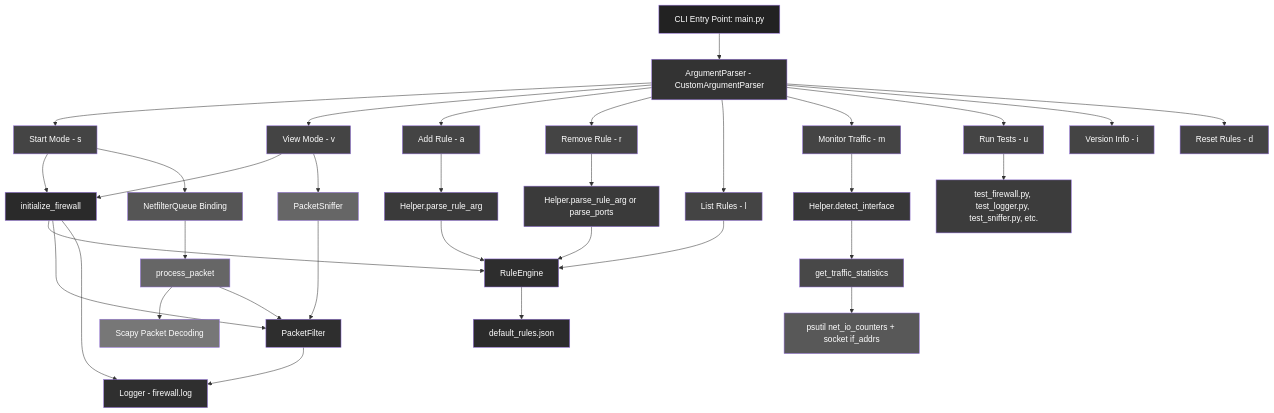
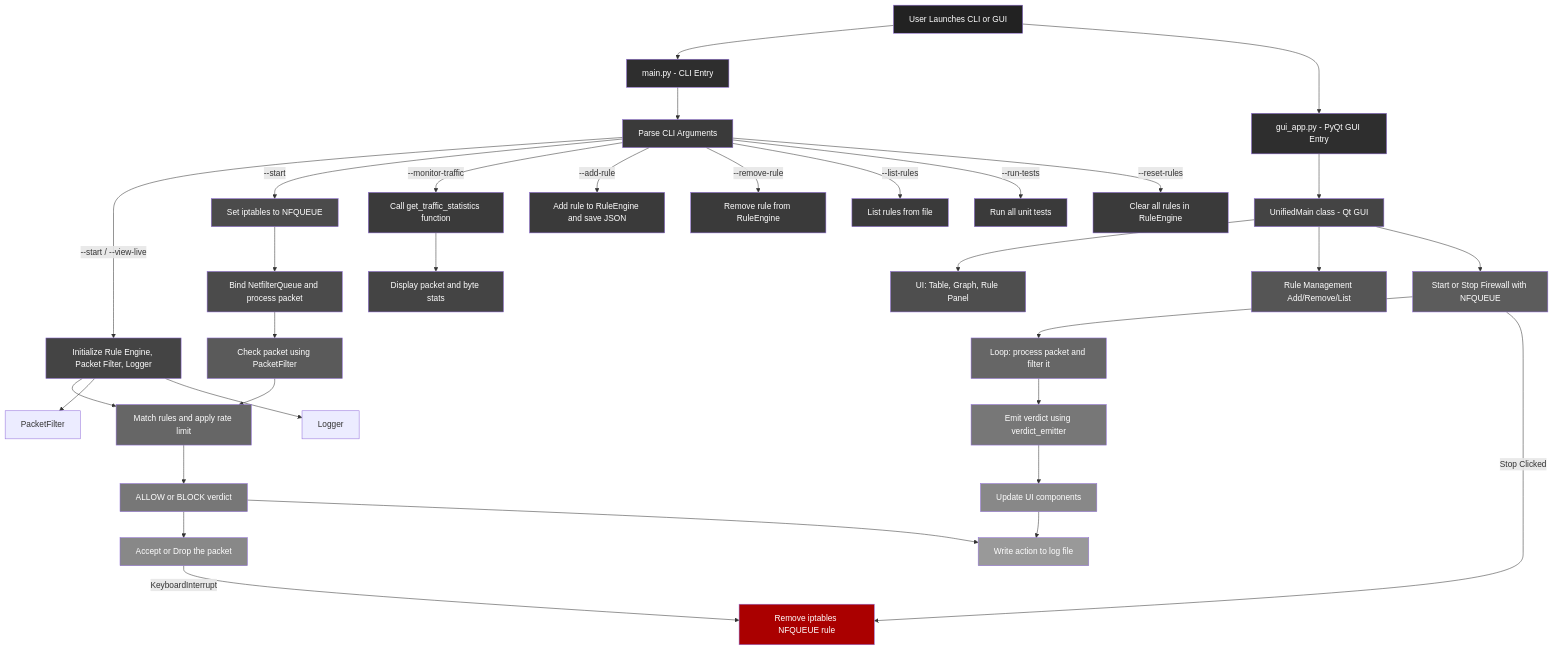
One commit to shirshxk/kavach changed the second of 3 diagrams in README.md. Above: the diagram before and after it, drawn with Mermaid.

````diff
--- a/README.md
+++ b/README.md
@@ -78,52 +78,89 @@
 ```mermaid
----
-config:
-  layout: dagre
----
 flowchart TD
-    A["CLI Entry Point: main.py"] --> B["ArgumentParser - CustomArgumentParser"]
-    B --> C1["Start Mode - s"] & C2["View Mode - v"] & C3["Add Rule - a"] & C4["Remove Rule - r"] & C5["List Rules - l"] & C6["Monitor Traffic - m"] & C7["Run Tests - u"] & C8["Version Info - i"] & C9["Reset Rules - d"]
-    C1 --> D1["initialize_firewall"] & F["NetfilterQueue Binding"]
-    C2 --> D1 & I["PacketSniffer"]
-    D1 --> E1["RuleEngine"] & E2["PacketFilter"] & E3["Logger - firewall.log"]
-    F --> G["process_packet"]
-    G --> H["Scapy Packet Decoding"] & E2
-    I --> E2
-    C3 --> J1["Helper.parse_rule_arg"]
-    J1 --> E1
-    C4 --> J2["Helper.parse_rule_arg or parse_ports"]
-    J2 --> E1
-    C5 --> E1
-    C6 --> K["Helper.detect_interface"]
-    K --> L["get_traffic_statistics"]
-    L --> M["psutil net_io_counters + socket if_addrs"]
-    C7 --> N["test_firewall.py, test_logger.py, test_sniffer.py, etc."]
-    E1 --> O["default_rules.json"]
-    E2 --> E3
-    style A fill:#222,color:white
-    style B fill:#333,color:white
-    style C1 fill:#444,color:white
-    style C2 fill:#444,color:white
-    style C3 fill:#444,color:white
-    style C4 fill:#444,color:white
-    style C5 fill:#444,color:white
-    style C6 fill:#444,color:white
-    style C7 fill:#444,color:white
-    style C8 fill:#444,color:white
-    style C9 fill:#444,color:white
-    style D1 fill:#2a2a2a,color:white
-    style F fill:#555,color:white
-    style I fill:#666,color:white
-    style E1 fill:#2d2d2d,color:white
-    style E2 fill:#2e2e2e,color:white
-    style E3 fill:#2f2f2f,color:white
-    style G fill:#666,color:white
-    style H fill:#777,color:white
-    style J1 fill:#3a3a3a,color:white
-    style J2 fill:#3a3a3a,color:white
-    style K fill:#383838,color:white
-    style L fill:#484848,color:white
-    style M fill:#585858,color:white
-    style N fill:#3c3c3c,color:white
-    style O fill:#2b2b2b,color:white
+    Start[User Launches CLI or GUI]
+
+    %% Entry points
+    Start --> CLI[main.py - CLI Entry]
+    Start --> GUI[gui_app.py - PyQt GUI Entry]
+
+    %% CLI Route
+    CLI --> ArgParser[Parse CLI Arguments]
+    ArgParser -->|--start / --view-live| InitFirewall[Initialize Rule Engine, Packet Filter, Logger]
+    ArgParser -->|--start| NFQ[Set iptables to NFQUEUE]
+    NFQ --> PacketRoute[Bind NetfilterQueue and process packet]
+    PacketRoute --> PacketFilterCall[Check packet using PacketFilter]
+    PacketFilterCall --> RuleEngine[Match rules and apply rate limit]
+    RuleEngine --> Verdict[ALLOW or BLOCK verdict]
+    Verdict --> Action[Accept or Drop the packet]
+    Verdict --> Log[Write action to log file]
+
+    %% Traffic Monitor
+    ArgParser -->|--monitor-traffic| Monitor[Call get_traffic_statistics function]
+    Monitor --> DisplayStats[Display packet and byte stats]
+
+    %% CLI Rule Management
+    ArgParser -->|--add-rule| AddRule[Add rule to RuleEngine and save JSON]
+    ArgParser -->|--remove-rule| RemoveRule[Remove rule from RuleEngine]
+    ArgParser -->|--list-rules| ListRules[List rules from file]
+
+    %% CLI Exit or Exception
+    ArgParser -->|--run-tests| RunTests[Run all unit tests]
+    ArgParser -->|--reset-rules| ResetRules[Clear all rules in RuleEngine]
+
+    %% GUI Route
+    GUI --> UnifiedMain[UnifiedMain class - Qt GUI]
+    UnifiedMain --> GUIComponents[UI: Table, Graph, Rule Panel]
+    UnifiedMain --> GUILogic[Rule Management Add/Remove/List]
+    UnifiedMain --> GUIButtons[Start or Stop Firewall with NFQUEUE]
+    GUIButtons --> GUILoop[Loop: process packet and filter it]
+    GUILoop --> VerdictEmitter[Emit verdict using verdict_emitter]
+    VerdictEmitter --> GUIUpdate[Update UI components]
+    GUIUpdate --> Log
+
+    %% Shared Blocks
+    InitFirewall --> RuleEngine
+    InitFirewall --> PacketFilter
+    InitFirewall --> Logger
+
+    %% Cleanup Paths
+    Action -->|KeyboardInterrupt| Cleanup[Remove iptables NFQUEUE rule]
+    GUIButtons -->|Stop Clicked| Cleanup
+
+    %% === Styling ===
+    style Start fill:#222,color:white
+
+    %% CLI Section
+    style CLI fill:#2e2e2e,color:white
+    style ArgParser fill:#3a3a3a,color:white
+    style InitFirewall fill:#444,color:white
+    style NFQ fill:#4b4b4b,color:white
+    style PacketRoute fill:#4b4b4b,color:white
+    style PacketFilterCall fill:#5a5a5a,color:white
+    style RuleEngine fill:#666,color:white
+    style Verdict fill:#777,color:white
+    style Action fill:#888,color:white
+    style Log fill:#999,color:white
+
+    style Monitor fill:#3a3a3a,color:white
+    style DisplayStats fill:#444,color:white
+
+    style AddRule fill:#3a3a3a,color:white
+    style RemoveRule fill:#3a3a3a,color:white
+    style ListRules fill:#3a3a3a,color:white
+    style RunTests fill:#3a3a3a,color:white
+    style ResetRules fill:#3a3a3a,color:white
+
+    %% GUI Section
+    style GUI fill:#2e2e2e,color:white
+    style UnifiedMain fill:#444,color:white
+    style GUIComponents fill:#4e4e4e,color:white
+    style GUILogic fill:#555,color:white
+    style GUIButtons fill:#5c5c5c,color:white
+    style GUILoop fill:#666,color:white
+    style VerdictEmitter fill:#777,color:white
+    style GUIUpdate fill:#888,color:white
+
+    %% Shared & Cleanup
+    style Cleanup fill:#aa0000,color:white
+    style InitFirewall fill:#444,color:white
 ```
````
